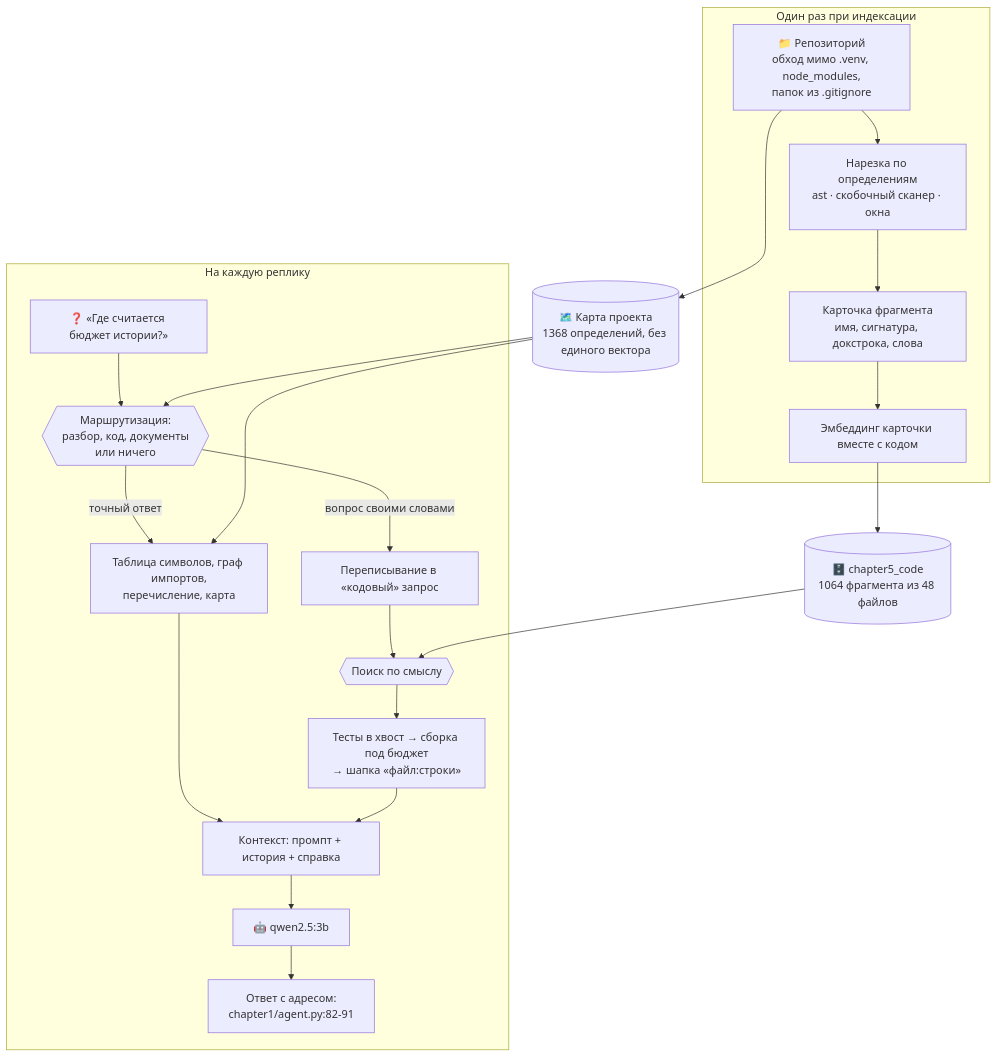
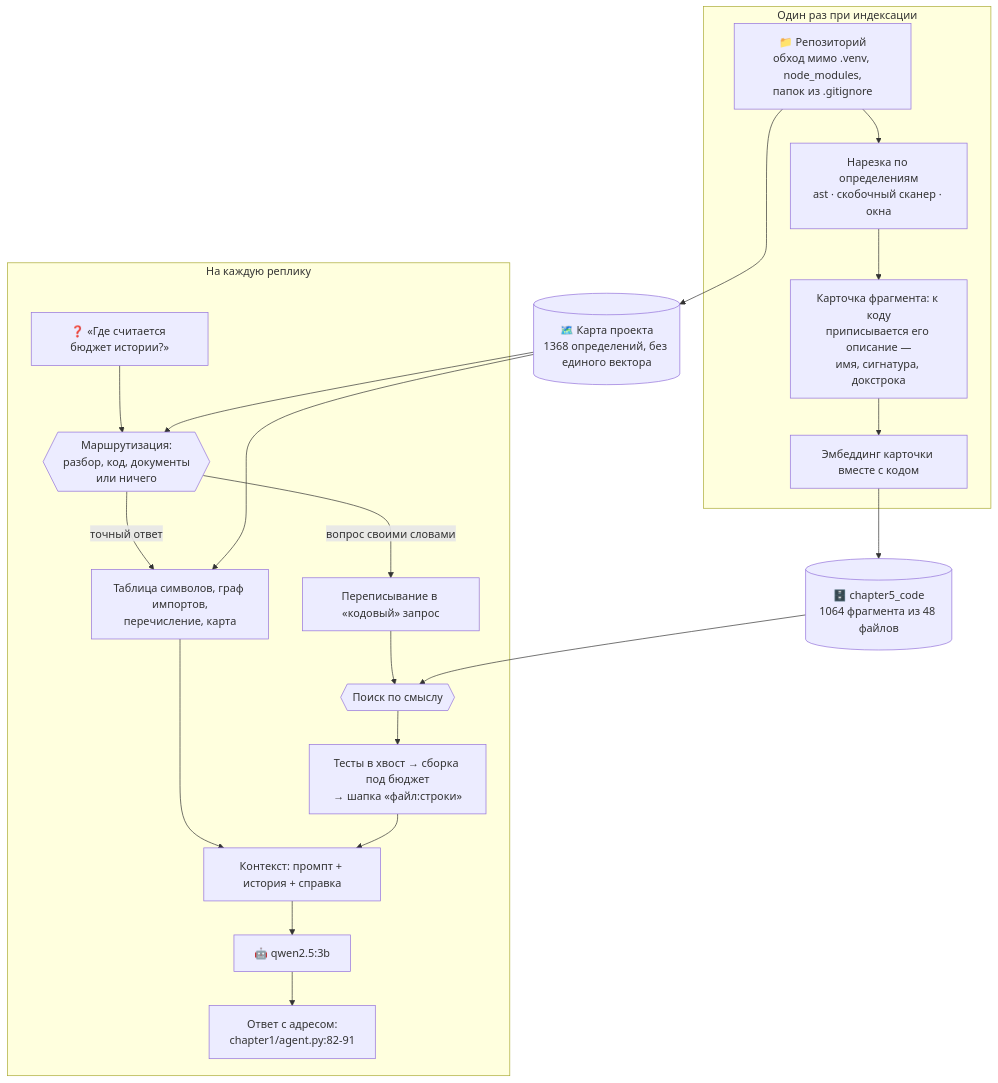
The first of 2 diagrams in chapter5/README.md (io982/firstAgent), drawn with Mermaid before and after one commit. The commit also changed other lines of this file, not shown here.

````diff
--- a/chapter5/README.md
+++ b/chapter5/README.md
@@ -17,29 +17,29 @@
 ```mermaid
 graph TD
     subgraph IDX["Один раз при индексации"]
         Repo["📁 Репозиторий<br/>обход мимо .venv, node_modules,<br/>папок из .gitignore"]
         Repo --> Cut["Нарезка по определениям<br/>ast · скобочный сканер · окна"]
-        Cut --> Card["Карточка фрагмента<br/>имя, сигнатура, докстрока, слова"]
+        Cut --> Card["Карточка фрагмента: к коду<br/>приписывается его описание —<br/>имя, сигнатура, докстрока"]
         Card --> EmbD["Эмбеддинг карточки вместе с кодом"]
     end
 
     EmbD --> DB[("🗄️ chapter5_code<br/>1064 фрагмента из 48 файлов")]
     Repo --> Map[("🗺️ Карта проекта<br/>1368 определений, без единого вектора")]
 
     subgraph RUN["На каждую реплику"]
         Q["❓ «Где считается бюджет истории?»"]
         Q --> Route{{"Маршрутизация:<br/>разбор, код, документы<br/>или ничего"}}
         Route -->|"точный ответ"| Exact["Таблица символов, граф импортов,<br/>перечисление, карта"]
         Route -->|"вопрос своими словами"| RW["Переписывание в «кодовый» запрос"]
         RW --> Search{{"Поиск по смыслу"}}
         Search --> Pack["Тесты в хвост → сборка под бюджет<br/>→ шапка «файл:строки»"]
         Exact --> Ctx["Контекст: промпт + история + справка"]
         Pack --> Ctx
         Ctx --> LLM["🤖 qwen2.5:3b"]
         LLM --> Ans["Ответ с адресом:<br/>chapter1/agent.py:82-91"]
     end
 
     DB --> Search
     Map --> Exact
     Map --> Route
 ```
````
